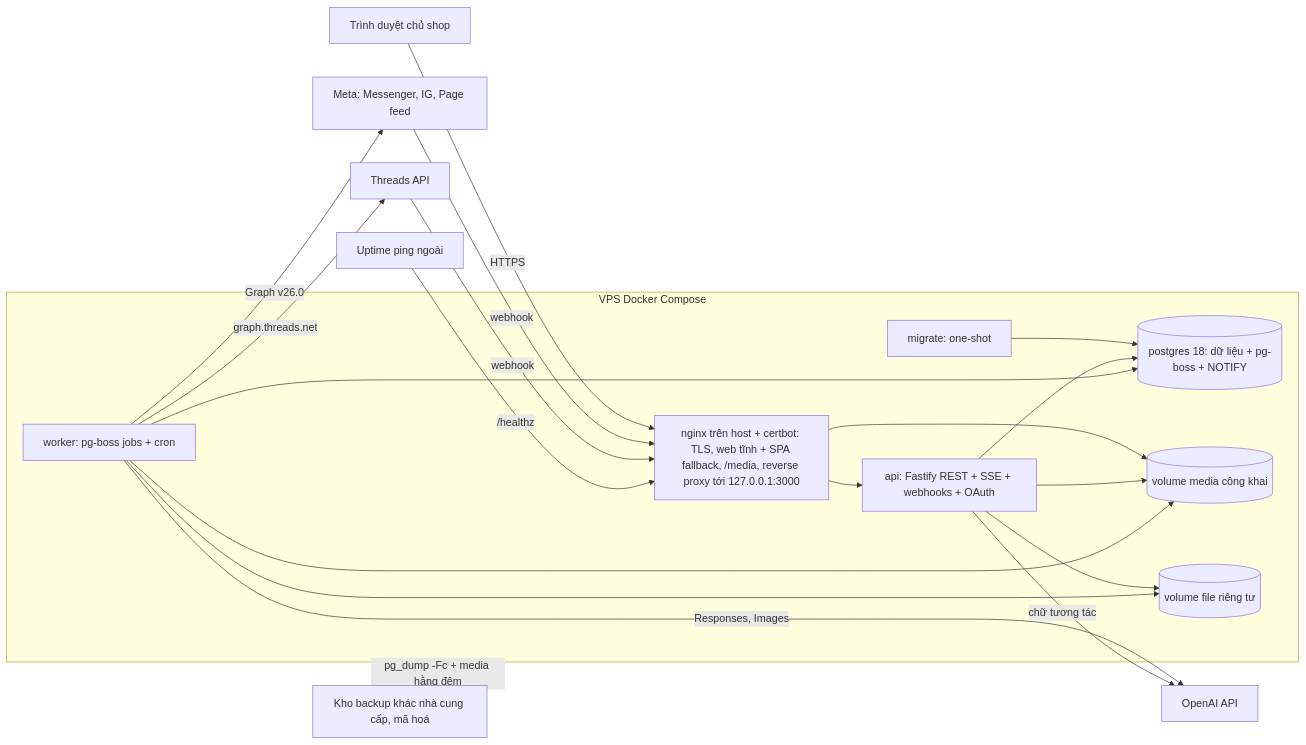
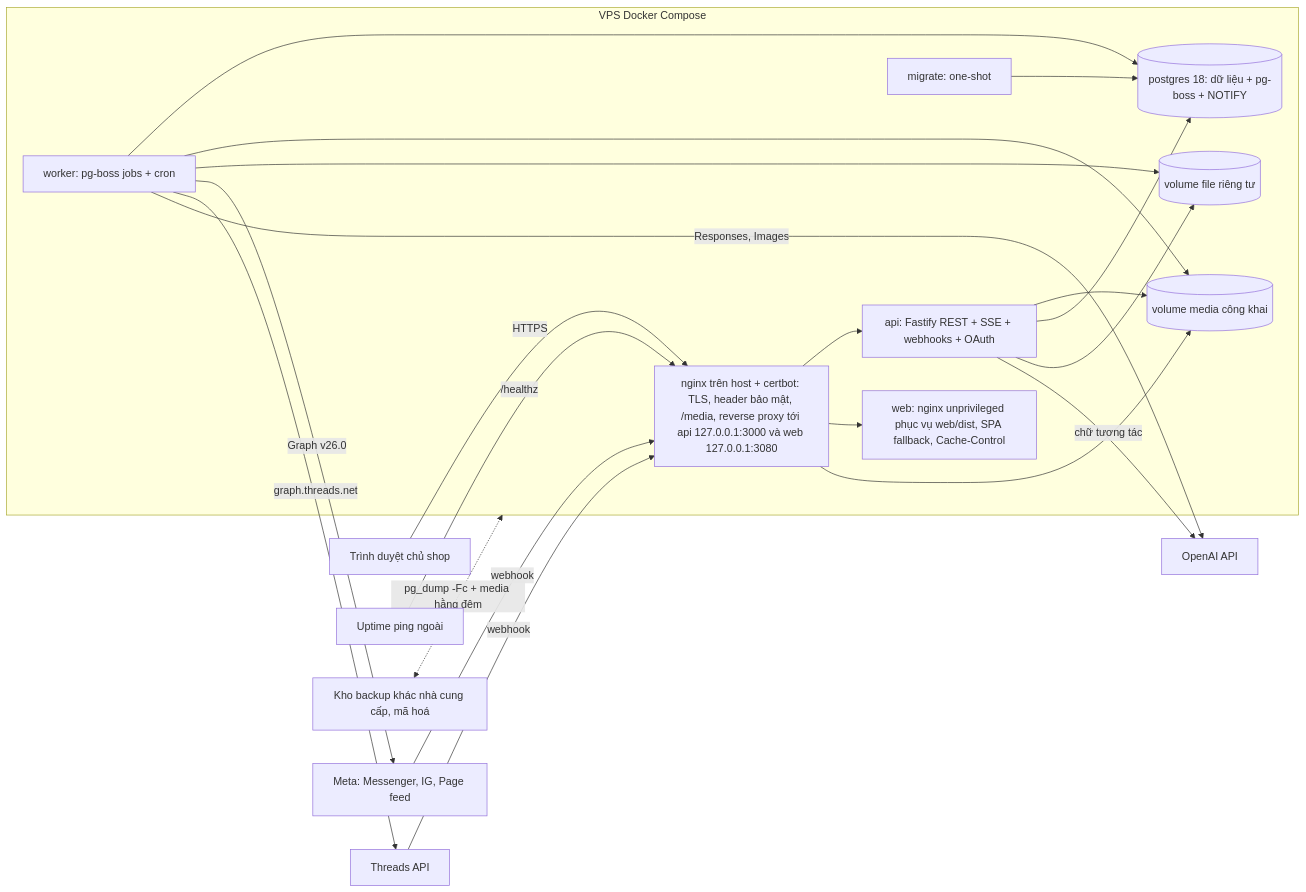
Before and after one commit to cuongsatsuon/OnTheTopMoney: the third of 5 diagrams in _bmad-output/planning-artifacts/architecture/architecture-OnTheTopMoney-2026-10-20/ARCHITECTURE-SPINE.md, drawn with Mermaid. The commit also changed other lines of this file and 13 other files, not shown here.

````diff
--- a/_bmad-output/planning-artifacts/architecture/architecture-OnTheTopMoney-2026-10-20/ARCHITECTURE-SPINE.md
+++ b/_bmad-output/planning-artifacts/architecture/architecture-OnTheTopMoney-2026-10-20/ARCHITECTURE-SPINE.md
@@ -378,30 +379,32 @@
 ```mermaid
 graph LR
   Browser[Trình duyệt chủ shop] -->|HTTPS| Nginx
   Meta[Meta: Messenger, IG, Page feed] -->|webhook| Nginx
   Threads[Threads API] -->|webhook| Nginx
   Ping[Uptime ping ngoài] -->|/healthz| Nginx
   subgraph VPS[VPS Docker Compose]
-    Nginx[nginx trên host + certbot: TLS, web tĩnh + SPA fallback, /media, reverse proxy tới 127.0.0.1:3000]
+    Nginx[nginx trên host + certbot: TLS, header bảo mật, /media, reverse proxy tới api 127.0.0.1:3000 và web 127.0.0.1:3080]
+    Web[web: nginx unprivileged phục vụ web/dist, SPA fallback, Cache-Control]
     Migrate[migrate: one-shot]
     API[api: Fastify REST + SSE + webhooks + OAuth]
     Worker[worker: pg-boss jobs + cron]
     PG[(postgres 18: dữ liệu + pg-boss + NOTIFY)]
     Pub[(volume media công khai)]
     Priv[(volume file riêng tư)]
   end
   Nginx --> API
+  Nginx --> Web
   Nginx --> Pub
   API --> Pub
   Migrate --> PG
   API --> PG
   API --> Priv
   Worker --> PG
   Worker --> Pub
   Worker --> Priv
   Worker -->|Graph v26.0| Meta
   Worker -->|graph.threads.net| Threads
   Worker -->|Responses, Images| OpenAI[OpenAI API]
   API -->|chữ tương tác| OpenAI
   Backup[Kho backup khác nhà cung cấp, mã hoá] <-.->|pg_dump -Fc + media hằng đêm| VPS
 ```
````
